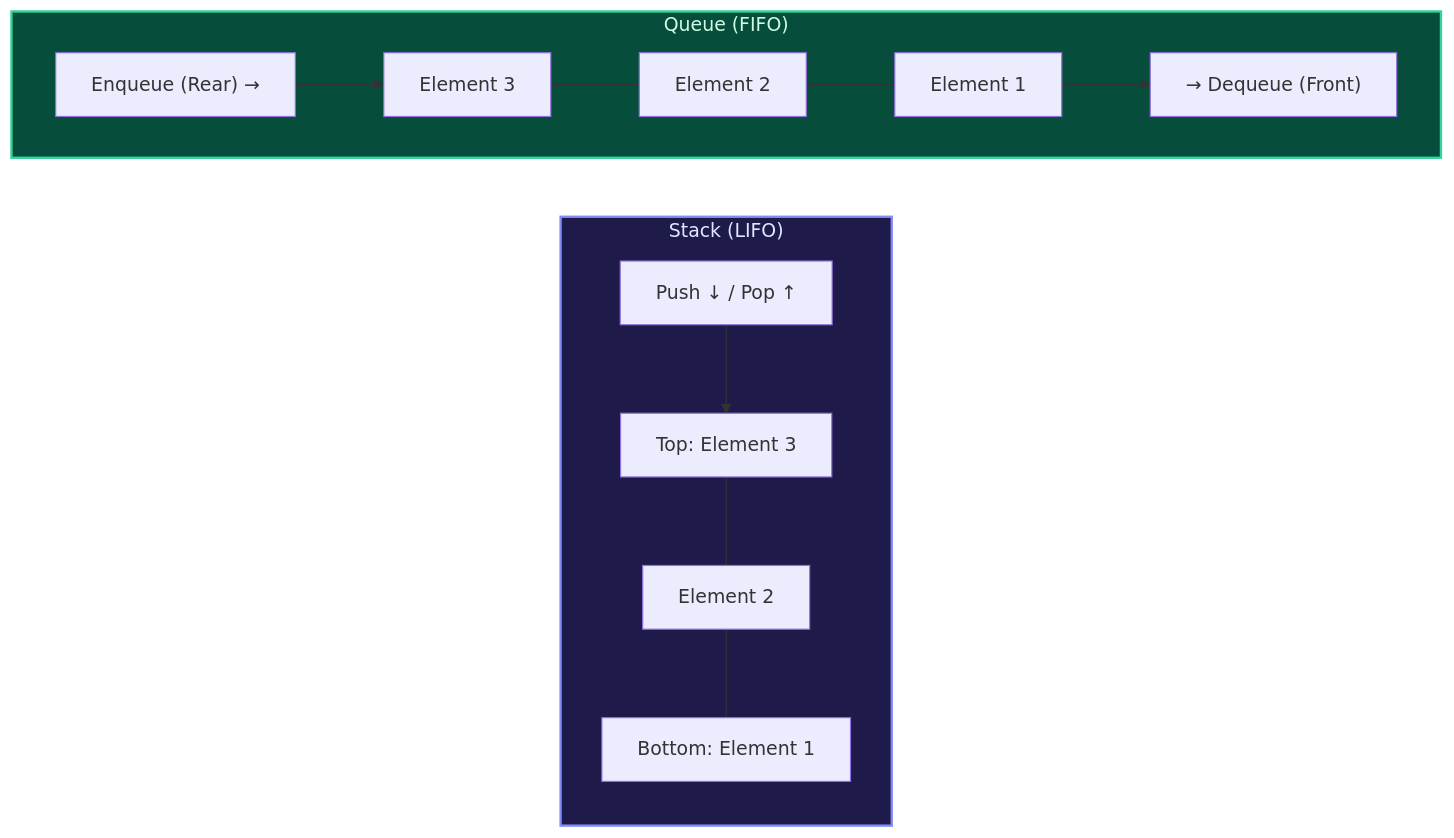
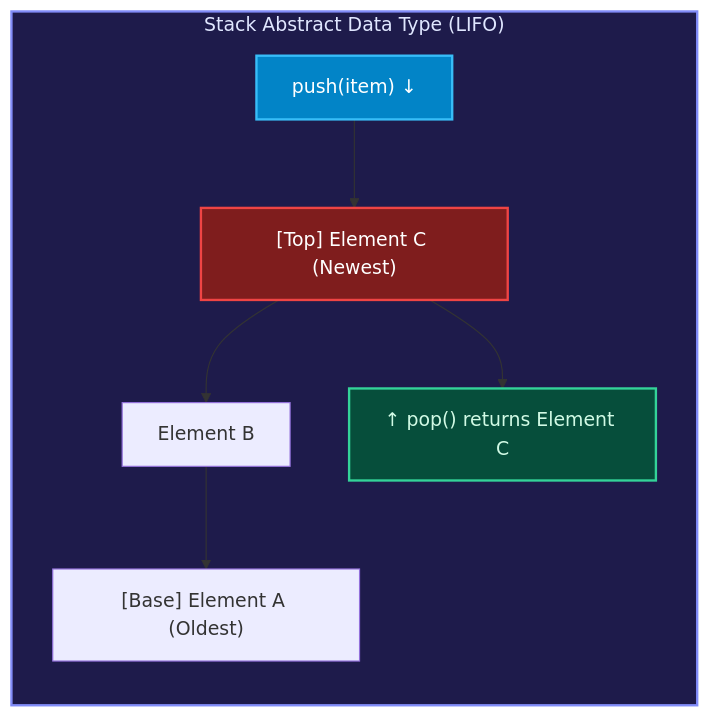
One commit to 1345AbhishekKumar/cs-cookbook changed the first of 15 diagrams in content/docs/dsa/01-foundations-and-linear-structures/05-stacks-and-queues.mdx. Above: the diagram before and after it, drawn with Mermaid. The commit also changed other lines of this file and 211 other files, not shown here.

````diff
--- a/content/docs/dsa/01-foundations-and-linear-structures/05-stacks-and-queues.mdx
+++ b/content/docs/dsa/01-foundations-and-linear-structures/05-stacks-and-queues.mdx
@@ -19,20 +58,15 @@
 ```mermaid
-flowchart LR
-    subgraph StackModel["Stack (LIFO)"]
+flowchart TD
+    subgraph StackModel["Stack Abstract Data Type (LIFO)"]
         direction TB
-        SPush["Push ↓ / Pop ↑"] --> STop["Top: Element 3"]
-        STop --- SMid["Element 2"]
-        SMid --- SBot["Bottom: Element 1"]
-    end
-
-    subgraph QueueModel["Queue (FIFO)"]
-        direction LR
-        QIn["Enqueue (Rear) →"] --> Q3["Element 3"]
-        Q3 --- Q2["Element 2"]
-        Q2 --- Q1["Element 1"]
-        Q1 --> QOut["→ Dequeue (Front)"]
+        PushOp["push(item) ↓"] --> TopItem["[Top] Element C (Newest)"]
+        TopItem --> MidItem["Element B"]
+        MidItem --> BotItem["[Base] Element A (Oldest)"]
+        TopItem --> PopOp["↑ pop() returns Element C"]
     end
 
     style StackModel fill:#1e1b4b,stroke:#818cf8,stroke-width:2px,color:#e0e7ff
-    style QueueModel fill:#064e3b,stroke:#34d399,stroke-width:2px,color:#d1fae5
+    style TopItem fill:#7f1d1d,stroke:#ef4444,stroke-width:2px,color:#fff
+    style PopOp fill:#064e3b,stroke:#34d399,stroke-width:2px,color:#d1fae5
+    style PushOp fill:#0284c7,stroke:#38bdf8,stroke-width:2px,color:#fff
 ```
````
